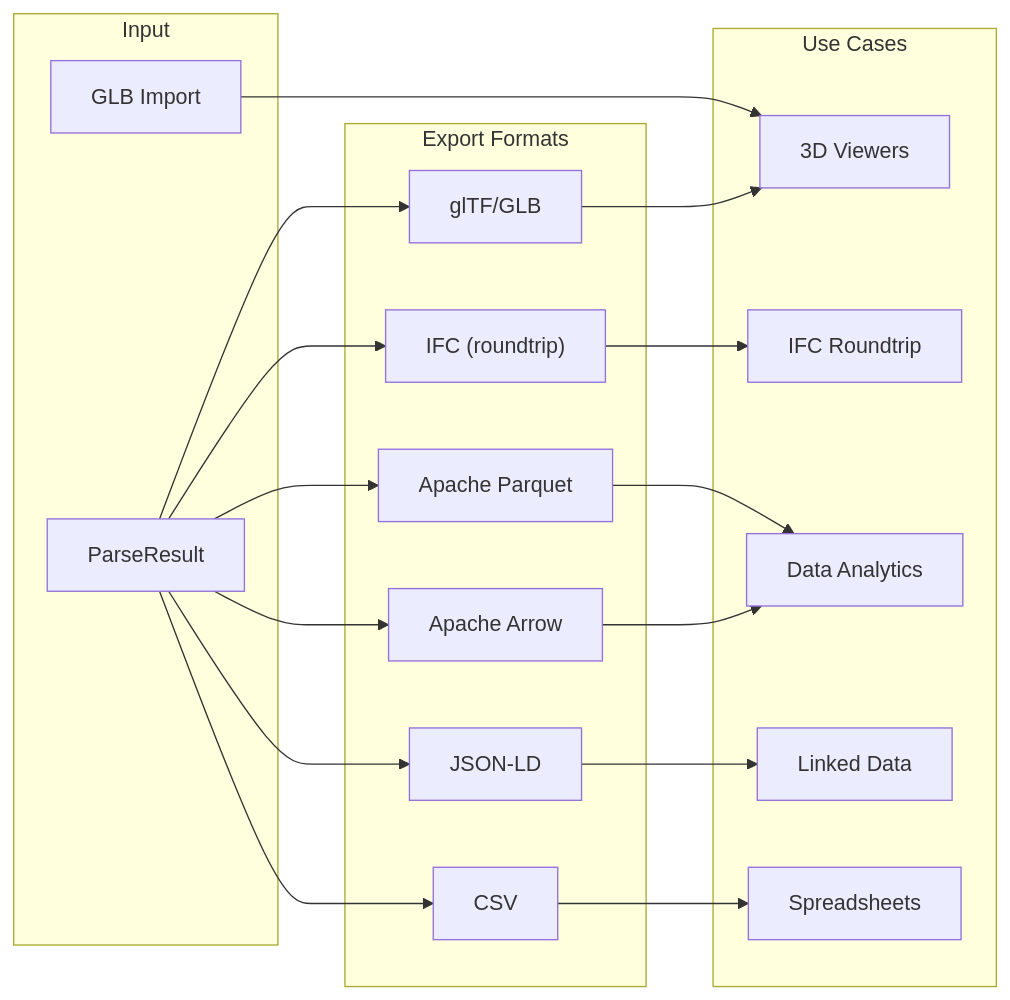
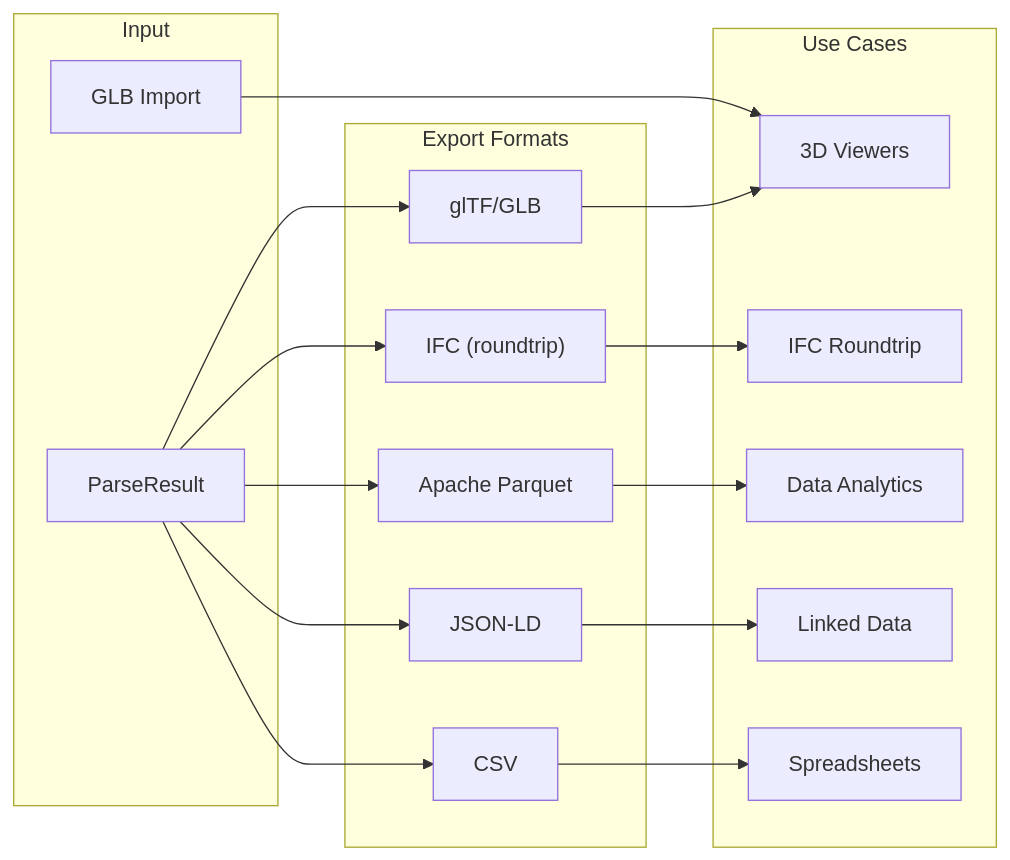
Before and after one commit to LTplus-AG/ifc-lite: the first of 3 diagrams in docs/guide/exporting.md, drawn with Mermaid. The commit also changed other lines of this file and 70 other files, not shown here.

````diff
--- a/docs/guide/exporting.md
+++ b/docs/guide/exporting.md
@@ -70,32 +70,30 @@
 ```mermaid
 flowchart LR
     subgraph Input["Input"]
         IFC["ParseResult"]
         GLBIn["GLB Import"]
     end
 
     subgraph Formats["Export Formats"]
         glTF["glTF/GLB"]
         IFCOut["IFC (roundtrip)"]
         Parquet["Apache Parquet"]
-        Arrow["Apache Arrow"]
         JSON["JSON-LD"]
         CSV["CSV"]
     end
 
     subgraph Uses["Use Cases"]
         Viewer["3D Viewers"]
         Roundtrip["IFC Roundtrip"]
         Analytics["Data Analytics"]
         Linked["Linked Data"]
         Spreadsheet["Spreadsheets"]
     end
 
     GLBIn --> Viewer
     IFC --> glTF --> Viewer
     IFC --> IFCOut --> Roundtrip
     IFC --> Parquet --> Analytics
-    IFC --> Arrow --> Analytics
     IFC --> JSON --> Linked
     IFC --> CSV --> Spreadsheet
 ```
````
